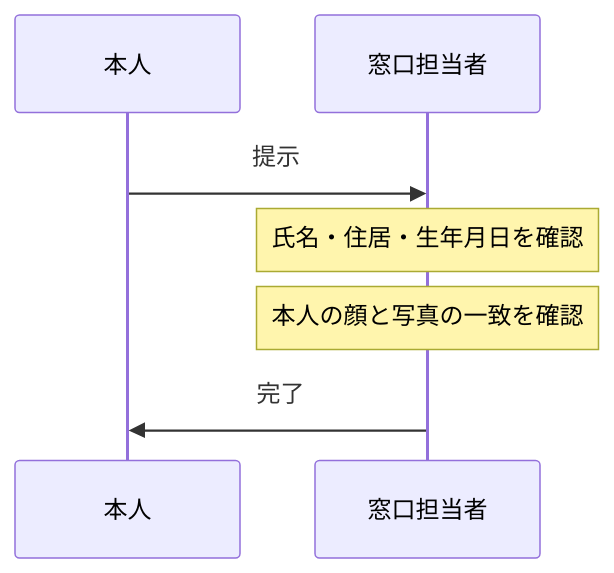
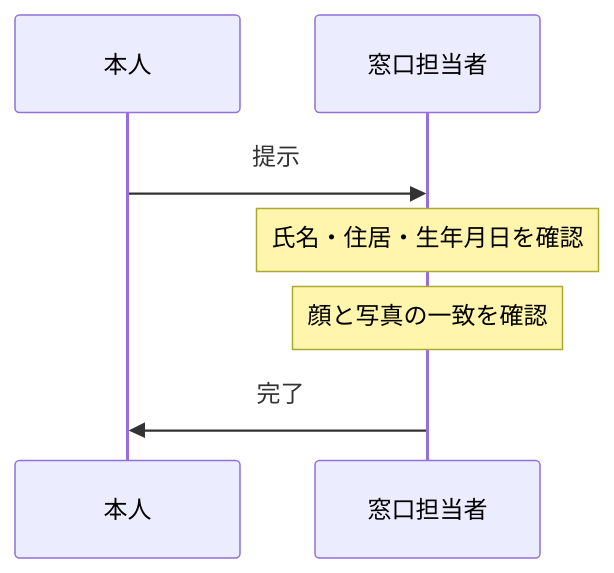
Before and after one commit to CiderH2CO3/study-hanshuho: the first of 21 diagrams in hanshuho.md, drawn with Mermaid. The commit also changed other lines of this file and 1 other file, not shown here.

````diff
--- a/hanshuho.md
+++ b/hanshuho.md
@@ -216,9 +142,9 @@
 ```mermaid
 sequenceDiagram
     participant User as 本人
     participant Staff as 窓口担当者
     User->>Staff: 提示
     Note over Staff: 氏名・住居・生年月日を確認
-    Note over Staff: 本人の顔と写真の一致を確認
+    Note over Staff: 顔と写真の一致を確認
     Staff->>User: 完了
 ```
````
